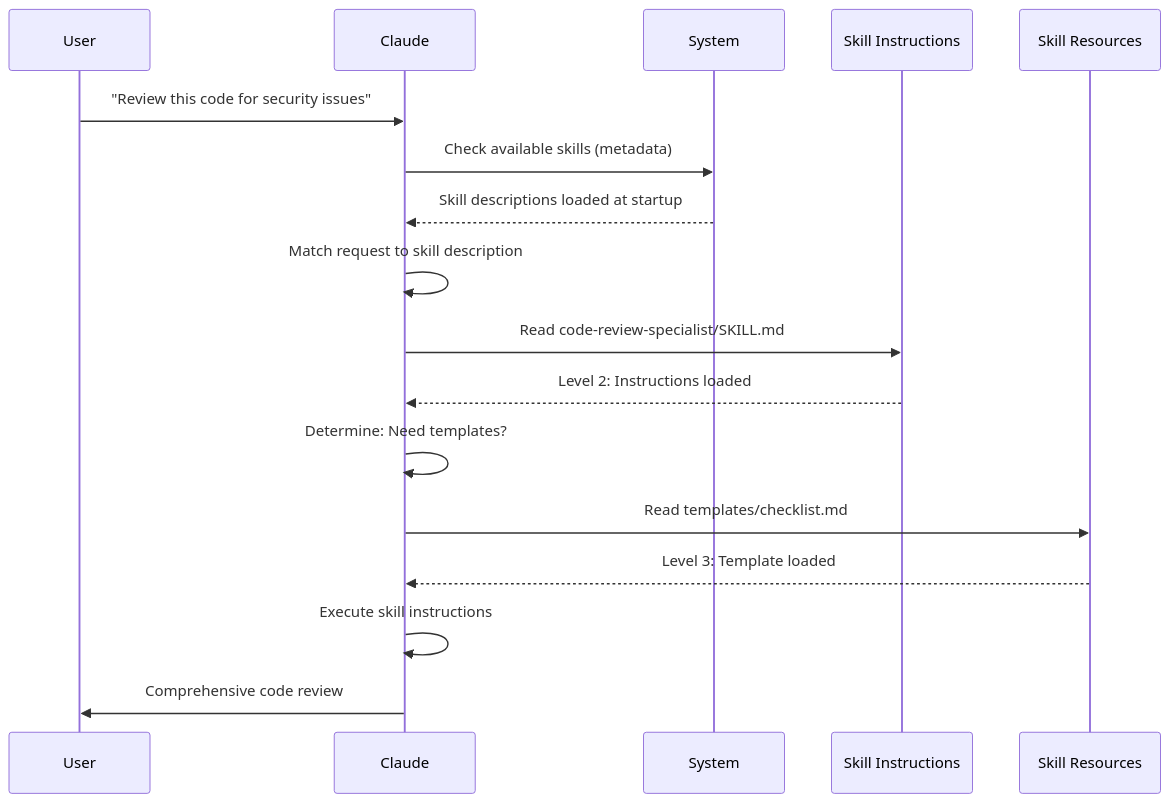
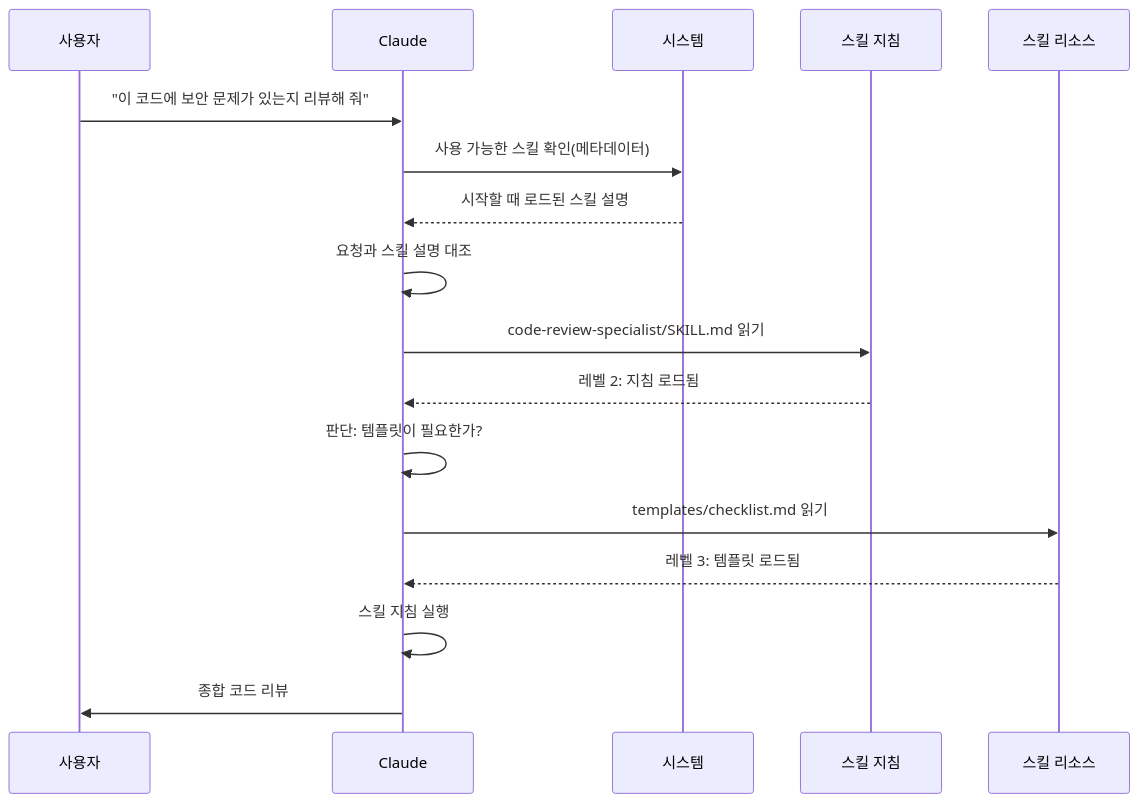
The second of 2 diagrams in 03-skills/README.md (KIMDONGWHEE99/howkorean), drawn with Mermaid before and after one commit. The commit also changed other lines of this file, not shown here.

First line of the commit message:
docs(skills): 03-skills 가이드를 한국어로 번역

````diff
--- a/03-skills/README.md
+++ b/03-skills/README.md
@@ -66,20 +66,20 @@
 ```mermaid
 sequenceDiagram
-    participant User
+    participant User as 사용자
     participant Claude
-    participant System
-    participant SkillInst as Skill Instructions
-    participant SkillRes as Skill Resources
+    participant System as 시스템
+    participant SkillInst as 스킬 지침
+    participant SkillRes as 스킬 리소스
 
-    User->>Claude: "Review this code for security issues"
-    Claude->>System: Check available skills (metadata)
-    System-->>Claude: Skill descriptions loaded at startup
-    Claude->>Claude: Match request to skill description
-    Claude->>SkillInst: Read code-review-specialist/SKILL.md
-    SkillInst-->>Claude: Level 2: Instructions loaded
-    Claude->>Claude: Determine: Need templates?
-    Claude->>SkillRes: Read templates/checklist.md
-    SkillRes-->>Claude: Level 3: Template loaded
-    Claude->>Claude: Execute skill instructions
-    Claude->>User: Comprehensive code review
+    User->>Claude: "이 코드에 보안 문제가 있는지 리뷰해 줘"
+    Claude->>System: 사용 가능한 스킬 확인(메타데이터)
+    System-->>Claude: 시작할 때 로드된 스킬 설명
+    Claude->>Claude: 요청과 스킬 설명 대조
+    Claude->>SkillInst: code-review-specialist/SKILL.md 읽기
+    SkillInst-->>Claude: 레벨 2: 지침 로드됨
+    Claude->>Claude: 판단: 템플릿이 필요한가?
+    Claude->>SkillRes: templates/checklist.md 읽기
+    SkillRes-->>Claude: 레벨 3: 템플릿 로드됨
+    Claude->>Claude: 스킬 지침 실행
+    Claude->>User: 종합 코드 리뷰
 ```
````
